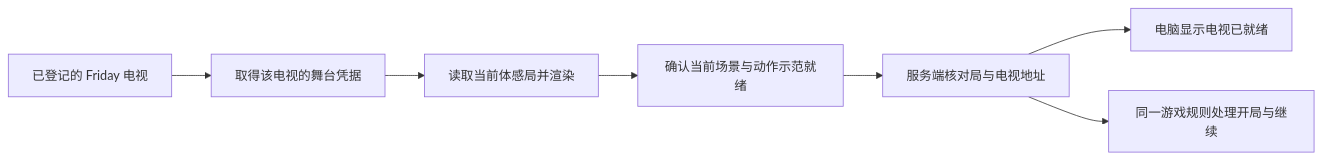
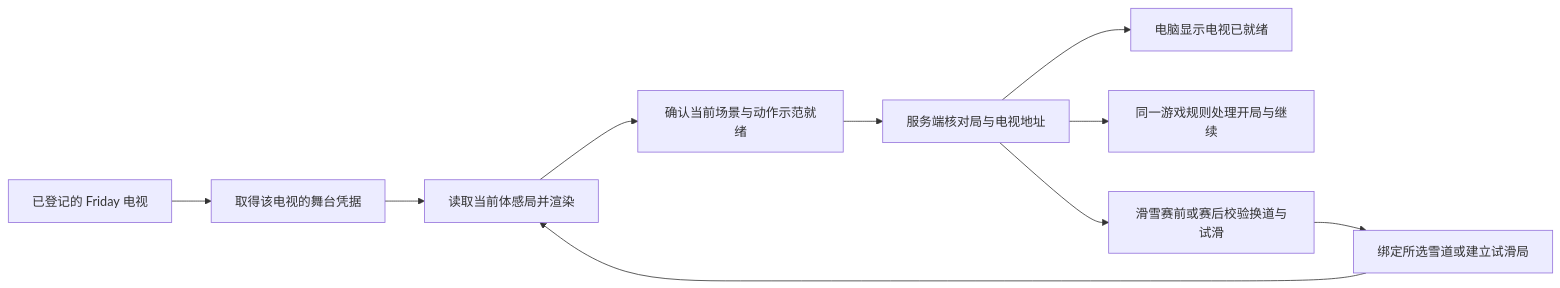
Before and after one commit to Geeprox/Friday: diagram 31 of 45 in docs/architecture.md, drawn with Mermaid. The commit also changed other lines of this file and 9 other files, not shown here.

````diff
--- a/docs/architecture.md
+++ b/docs/architecture.md
@@ -663,9 +663,12 @@
 ```mermaid
 flowchart LR
   A[已登记的 Friday 电视] --> B[取得该电视的舞台凭据]
   B --> C[读取当前体感局并渲染]
   C --> D[确认当前场景与动作示范就绪]
   D --> E[服务端核对局与电视地址]
   E --> F[电脑显示电视已就绪]
   E --> G[同一游戏规则处理开局与继续]
+  E --> H[滑雪赛前或赛后校验换道与试滑]
+  H --> I[绑定所选雪道或建立试滑局]
+  I --> C
 ```
````
